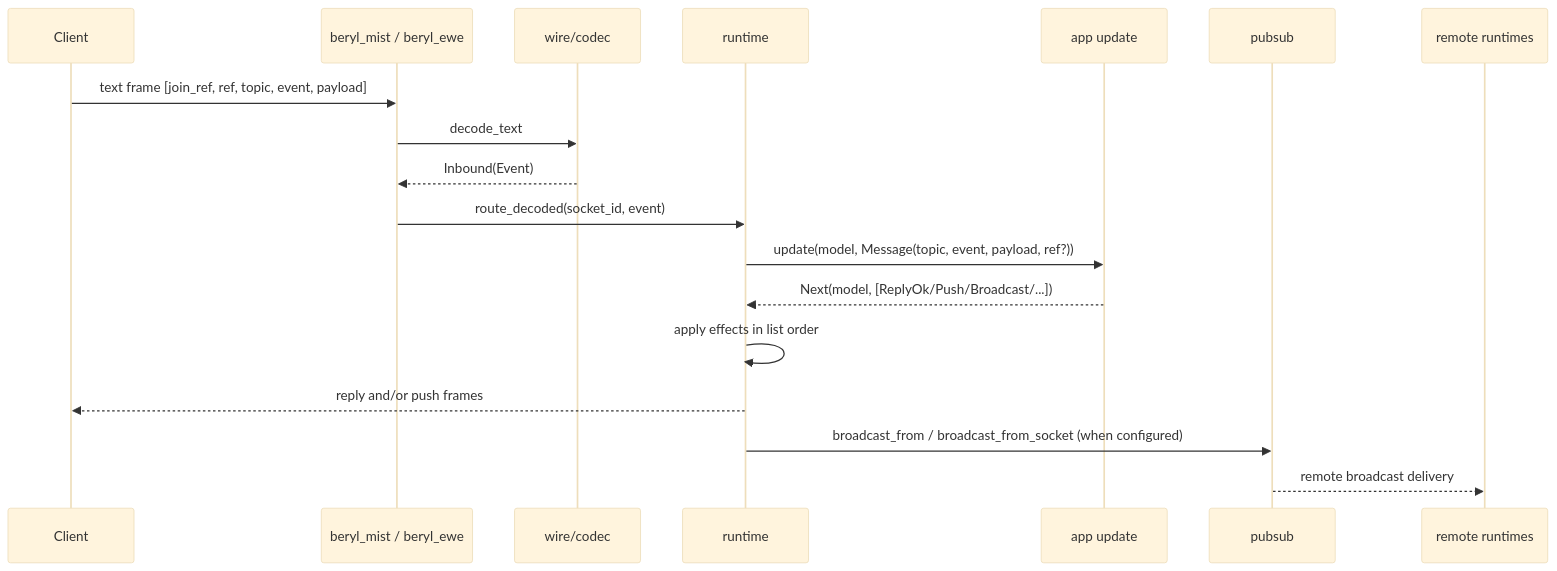
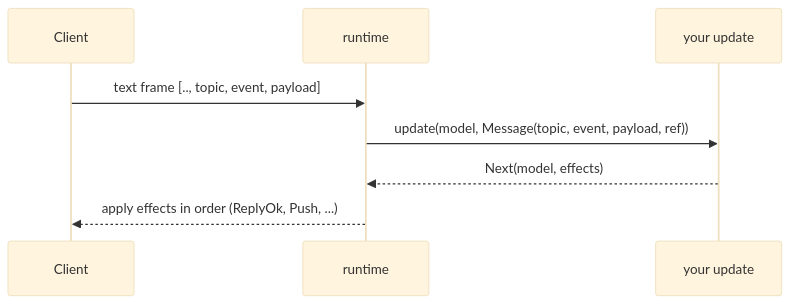
Before and after one commit to tylerbutler/beryl: the third of 6 diagrams in website/src/content/docs/architecture/message-lifecycle.md, drawn with Mermaid (base theme). The commit also changed other lines of this file and 35 other files, not shown here.

````diff
--- a/website/src/content/docs/architecture/message-lifecycle.md
+++ b/website/src/content/docs/architecture/message-lifecycle.md
@@ -54,20 +51,10 @@
 ```mermaid
 sequenceDiagram
   participant Client
-  participant Transport as beryl_mist / beryl_ewe
-  participant Wire as wire/codec
-  participant Runtime as runtime
-  participant App as app update
-  participant PS as pubsub
-  participant Remote as remote runtimes
-  Client->>Transport: text frame [join_ref, ref, topic, event, payload]
-  Transport->>Wire: decode_text
-  Wire-->>Transport: Inbound(Event)
-  Transport->>Runtime: route_decoded(socket_id, event)
-  Runtime->>App: update(model, Message(topic, event, payload, ref?))
-  App-->>Runtime: Next(model, [ReplyOk/Push/Broadcast/...])
-  Runtime->>Runtime: apply effects in list order
-  Runtime-->>Client: reply and/or push frames
-  Runtime->>PS: broadcast_from / broadcast_from_socket (when configured)
-  PS-->>Remote: remote broadcast delivery
+  participant RT as runtime
+  participant App as your update
+  Client->>RT: text frame [.., topic, event, payload]
+  RT->>App: update(model, Message(topic, event, payload, ref))
+  App-->>RT: Next(model, effects)
+  RT-->>Client: apply effects in order (ReplyOk, Push, ...)
 ```
````
